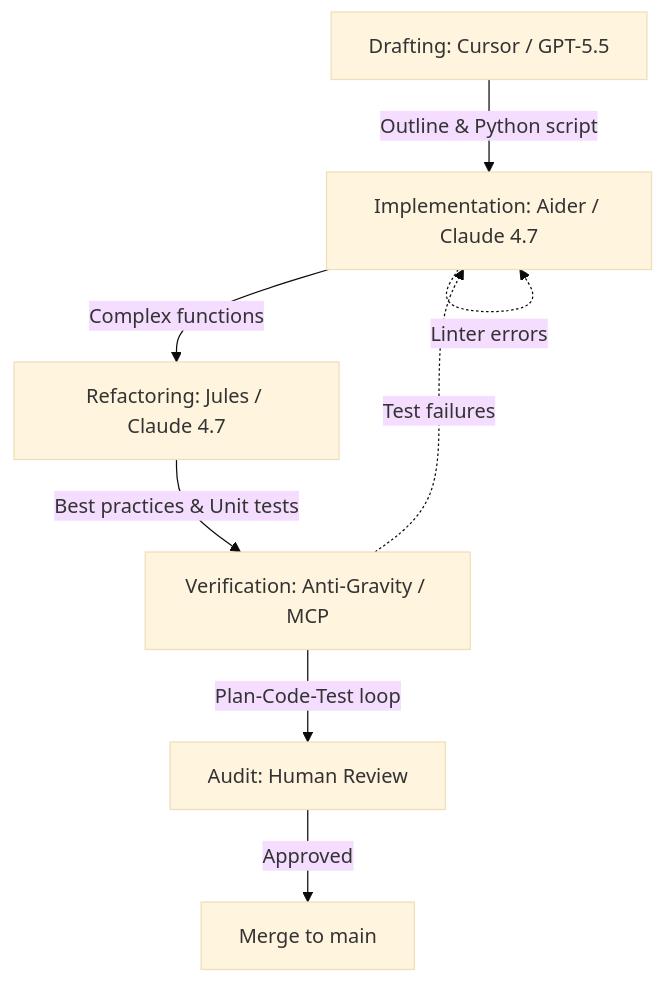
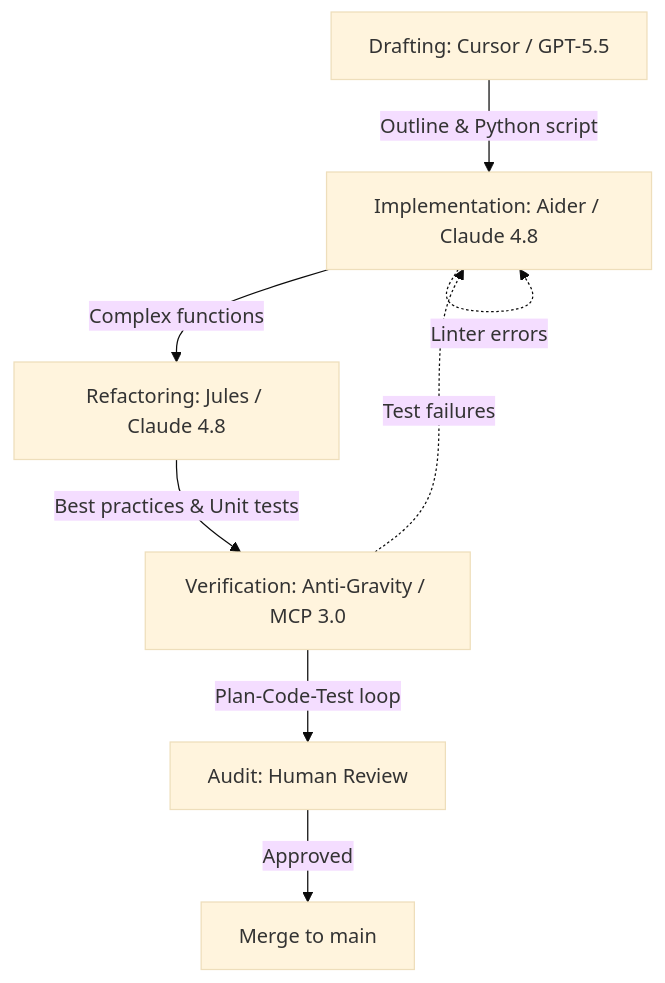
The diagram in docs/playbooks/dev-workflow-ai-assisted.md (joanmarcriera/Home-office-automations), drawn with Mermaid (base theme) before and after one commit. The commit also changed other lines of this file and 6 other files, not shown here.

````diff
--- a/docs/playbooks/dev-workflow-ai-assisted.md
+++ b/docs/playbooks/dev-workflow-ai-assisted.md
@@ -70,10 +59,10 @@
 ```mermaid
 flowchart TD
-    A[Drafting: Cursor / GPT-5.5] -->|Outline & Python script| B[Implementation: Aider / Claude 4.7]
-    B -->|Complex functions| C[Refactoring: Jules / Claude 4.7]
-    C -->|Best practices & Unit tests| D[Verification: Anti-Gravity / MCP]
+    A[Drafting: Cursor / GPT-5.5] -->|Outline & Python script| B[Implementation: Aider / Claude 4.8]
+    B -->|Complex functions| C[Refactoring: Jules / Claude 4.8]
+    C -->|Best practices & Unit tests| D[Verification: Anti-Gravity / MCP 3.0]
     D -->|Plan-Code-Test loop| E[Audit: Human Review]
     E -->|Approved| F[Merge to main]
     B -.->|Linter errors| B
     D -.->|Test failures| B
 ```
````
